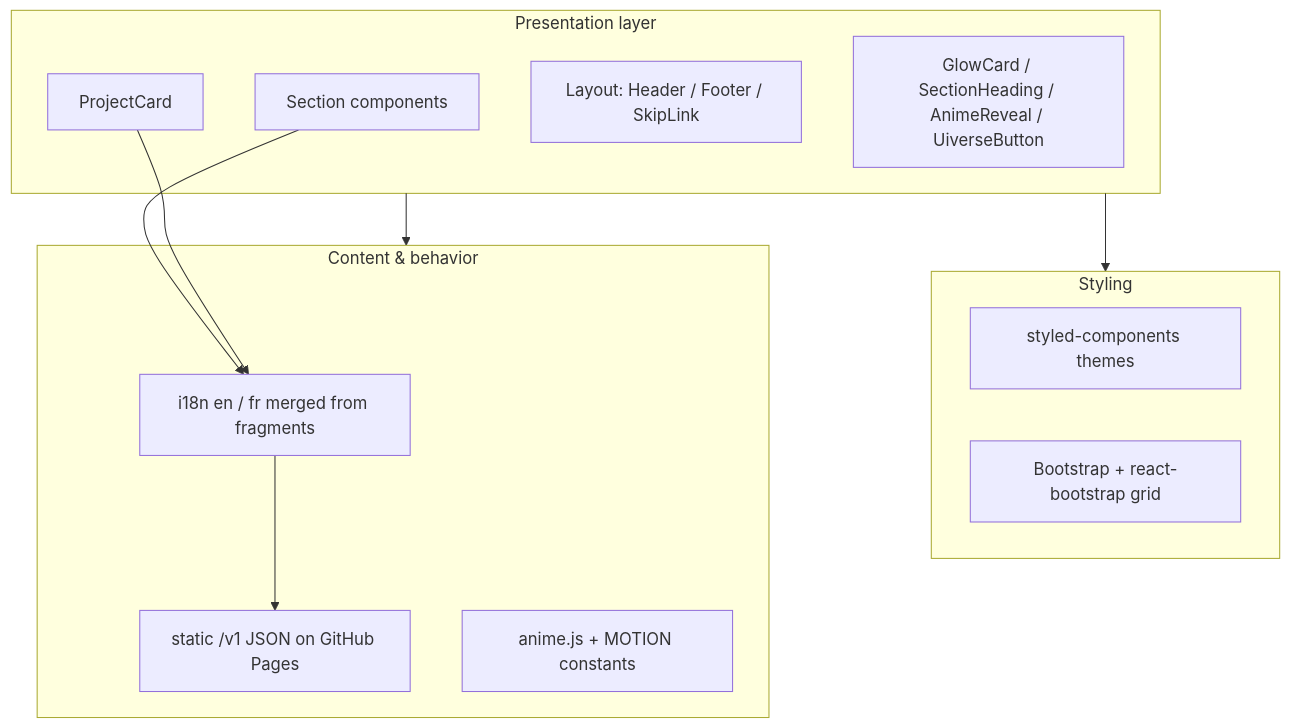
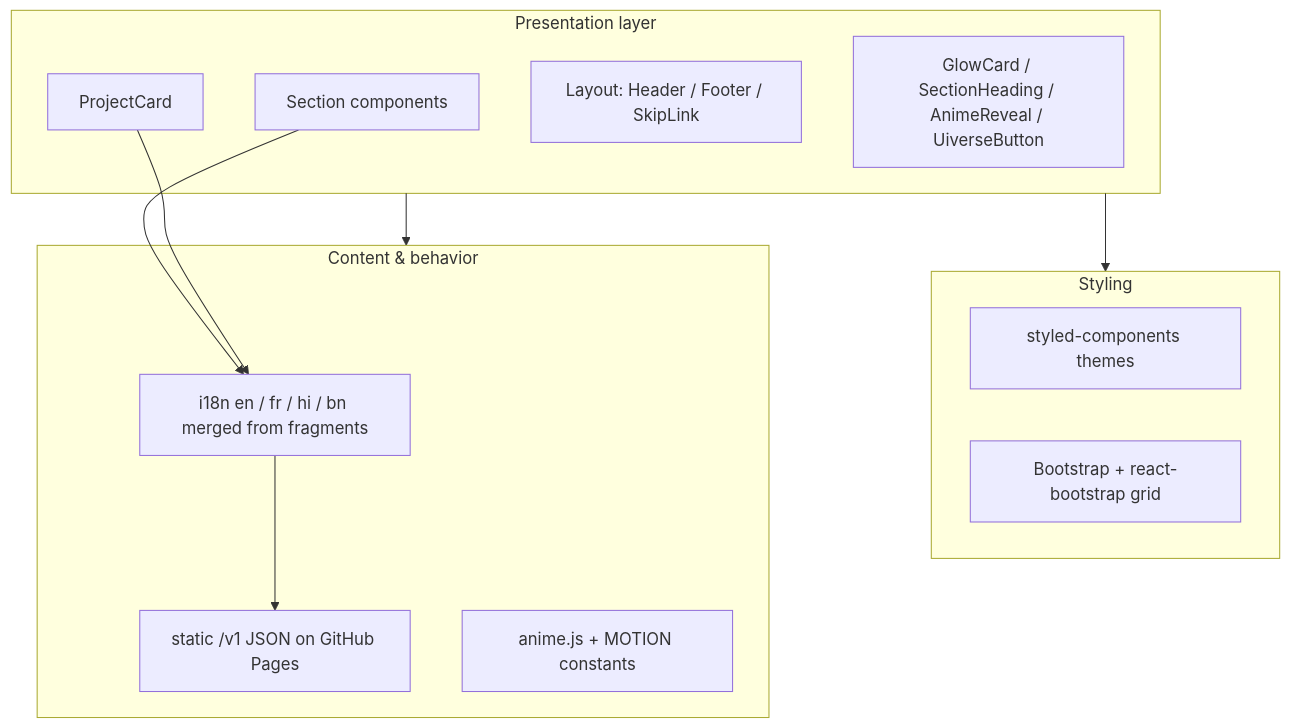
Before and after one commit to kdutta25/my-portfolio: the third of 5 diagrams in README.md, drawn with Mermaid. The commit also changed other lines of this file and 22 other files, not shown here.

````diff
--- a/README.md
+++ b/README.md
@@ -161,26 +161,26 @@
 ```mermaid
 flowchart TB
   subgraph presentation["Presentation layer"]
     SEC[Section components]
     PC[ProjectCard]
     LAY[Layout: Header / Footer / SkipLink]
     UI[GlowCard / SectionHeading / AnimeReveal / UiverseButton]
   end
 
   subgraph styling["Styling"]
     SC[styled-components themes]
     BS[Bootstrap + react-bootstrap grid]
   end
 
   subgraph content["Content & behavior"]
-    L10n[i18n en / fr merged from fragments]
+    L10n[i18n en / fr / hi / bn merged from fragments]
     API[static /v1 JSON on GitHub Pages]
     MOTION[anime.js + MOTION constants]
   end
 
   presentation --> styling
   presentation --> content
   SEC --> L10n
   PC --> L10n
   L10n --> API
 ```
````
